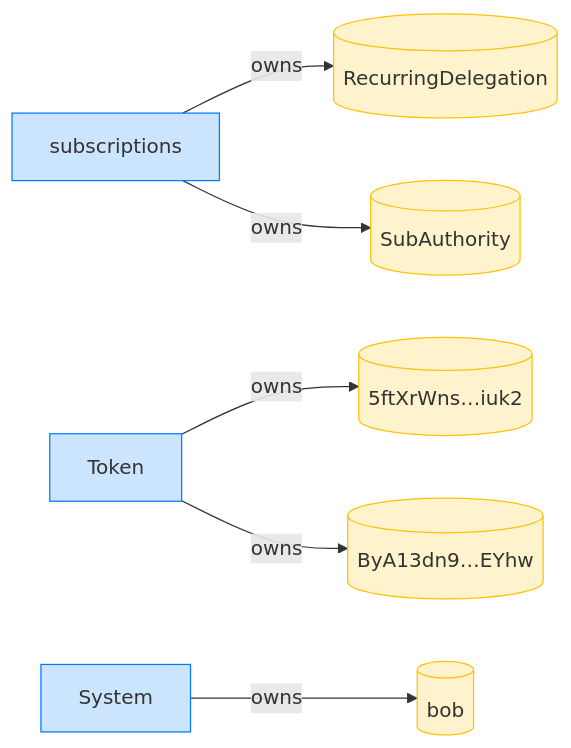
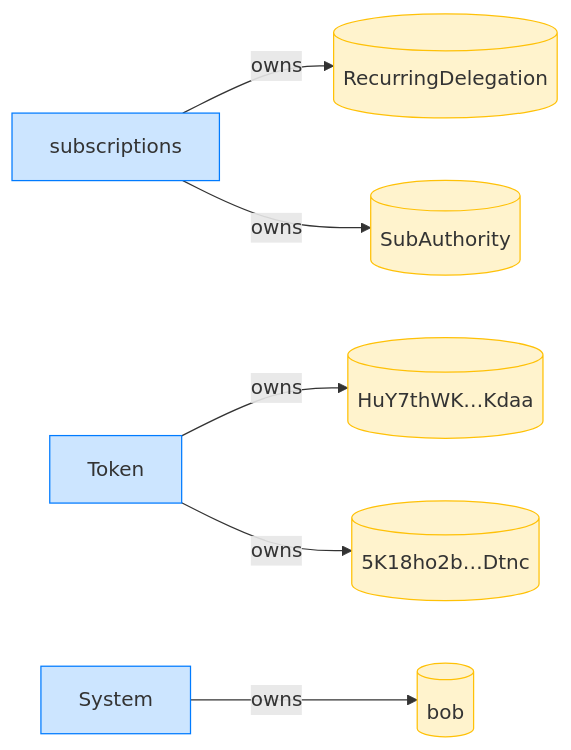
Diagram 12 of 12 in dsl_tests/recurring-transfer-within-the-drift-window-succeeds.md (cds-rs/subscriptions), drawn with Mermaid before and after one commit. The commit also changed other lines of this file and 224 other files, not shown here.

````diff
--- a/dsl_tests/recurring-transfer-within-the-drift-window-succeeds.md
+++ b/dsl_tests/recurring-transfer-within-the-drift-window-succeeds.md
@@ -235,18 +249,18 @@
 ```mermaid
 flowchart LR
     classDef owner fill:#cce5ff,stroke:#007bff;
     classDef account fill:#fff3cd,stroke:#ffc107;
     subscriptions[subscriptions]:::owner
     RecurringDelegation[(RecurringDelegation)]:::account
     SubAuthority[(SubAuthority)]:::account
     Token[Token]:::owner
-    5ftXrWns_iuk2[("5ftXrWns…iuk2")]:::account
-    ByA13dn9_EYhw[("ByA13dn9…EYhw")]:::account
+    HuY7thWK_Kdaa[("HuY7thWK…Kdaa")]:::account
+    5K18ho2b_Dtnc[("5K18ho2b…Dtnc")]:::account
     System[System]:::owner
     bob[(bob)]:::account
     subscriptions -->|owns| RecurringDelegation
     subscriptions -->|owns| SubAuthority
-    Token -->|owns| 5ftXrWns_iuk2
-    Token -->|owns| ByA13dn9_EYhw
+    Token -->|owns| HuY7thWK_Kdaa
+    Token -->|owns| 5K18ho2b_Dtnc
     System -->|owns| bob
 ```
````
